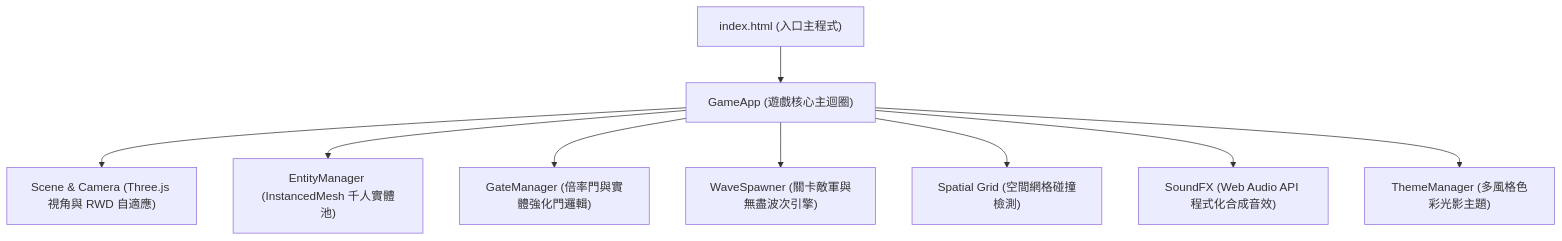
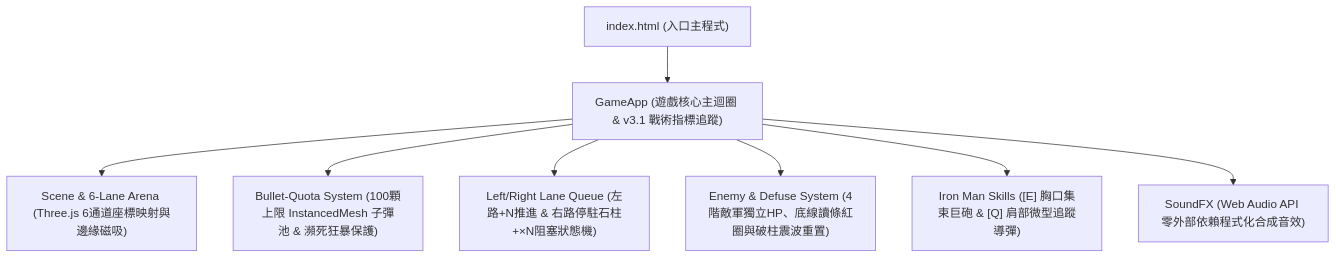
Before and after one commit to JasonLin-avi/GameShoot: the diagram in README.md, drawn with Mermaid. The commit also changed other lines of this file, not shown here.

````diff
--- a/README.md
+++ b/README.md
@@ -97,14 +102,13 @@
 ```mermaid
 flowchart TD
     Index["index.html (入口主程式)"]
-    GameApp["GameApp (遊戲核心主迴圈)"]
+    GameApp["GameApp (遊戲核心主迴圈 & v3.1 戰術指標追蹤)"]
     
     Index --> GameApp
-    GameApp --> SceneMgr["Scene & Camera (Three.js 視角與 RWD 自適應)"]
-    GameApp --> EntityMgr["EntityManager (InstancedMesh 千人實體池)"]
-    GameApp --> GateMgr["GateManager (倍率門與實體強化門邏輯)"]
-    GameApp --> WaveSpawner["WaveSpawner (關卡敵軍與無盡波次引擎)"]
-    GameApp --> Collision["Spatial Grid (空間網格碰撞檢測)"]
-    GameApp --> SoundFX["SoundFX (Web Audio API 程式化合成音效)"]
-    GameApp --> ThemeMgr["ThemeManager (多風格色彩光影主題)"]
+    GameApp --> SceneMgr["Scene & 6-Lane Arena (Three.js 6通道座標映射與邊緣磁吸)"]
+    GameApp --> QuotaSys["Bullet-Quota System (100顆上限 InstancedMesh 子彈池 & 瀕死狂暴保護)"]
+    GameApp --> GateMgr["Left/Right Lane Queue (左路+N推進 & 右路停駐石柱+×N阻塞狀態機)"]
+    GameApp --> EnemySys["Enemy & Defuse System (4階敵軍獨立HP、底線讀條紅圈與破柱震波重置)"]
+    GameApp --> HeroSkills["Iron Man Skills ([E] 胸口集束巨砲 & [Q] 肩部微型追蹤導彈)"]
+    GameApp --> SoundFX["SoundFX (Web Audio API 零外部依賴程式化合成音效)"]
 ```
````
